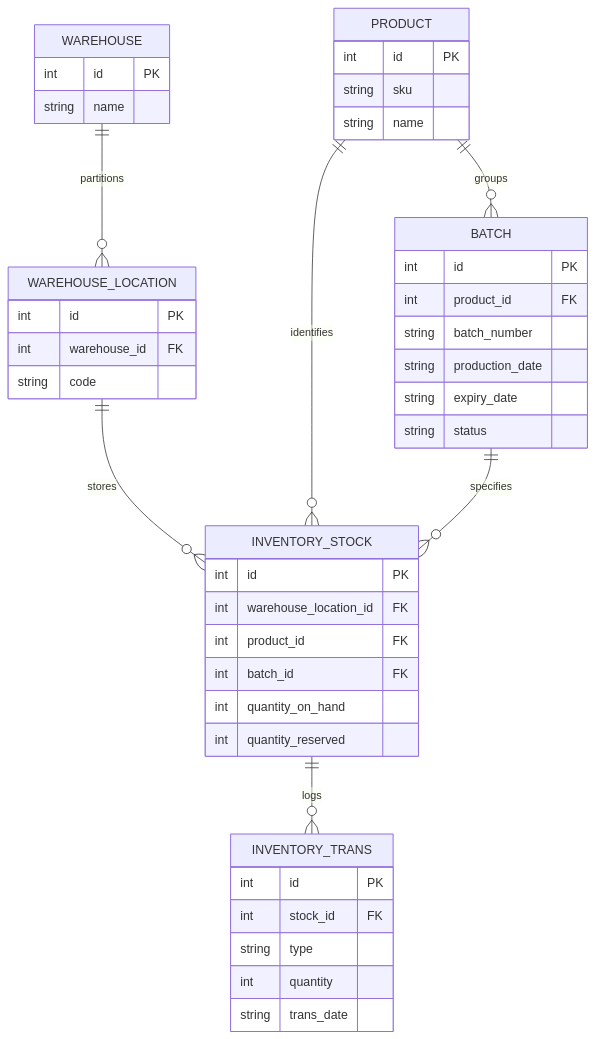
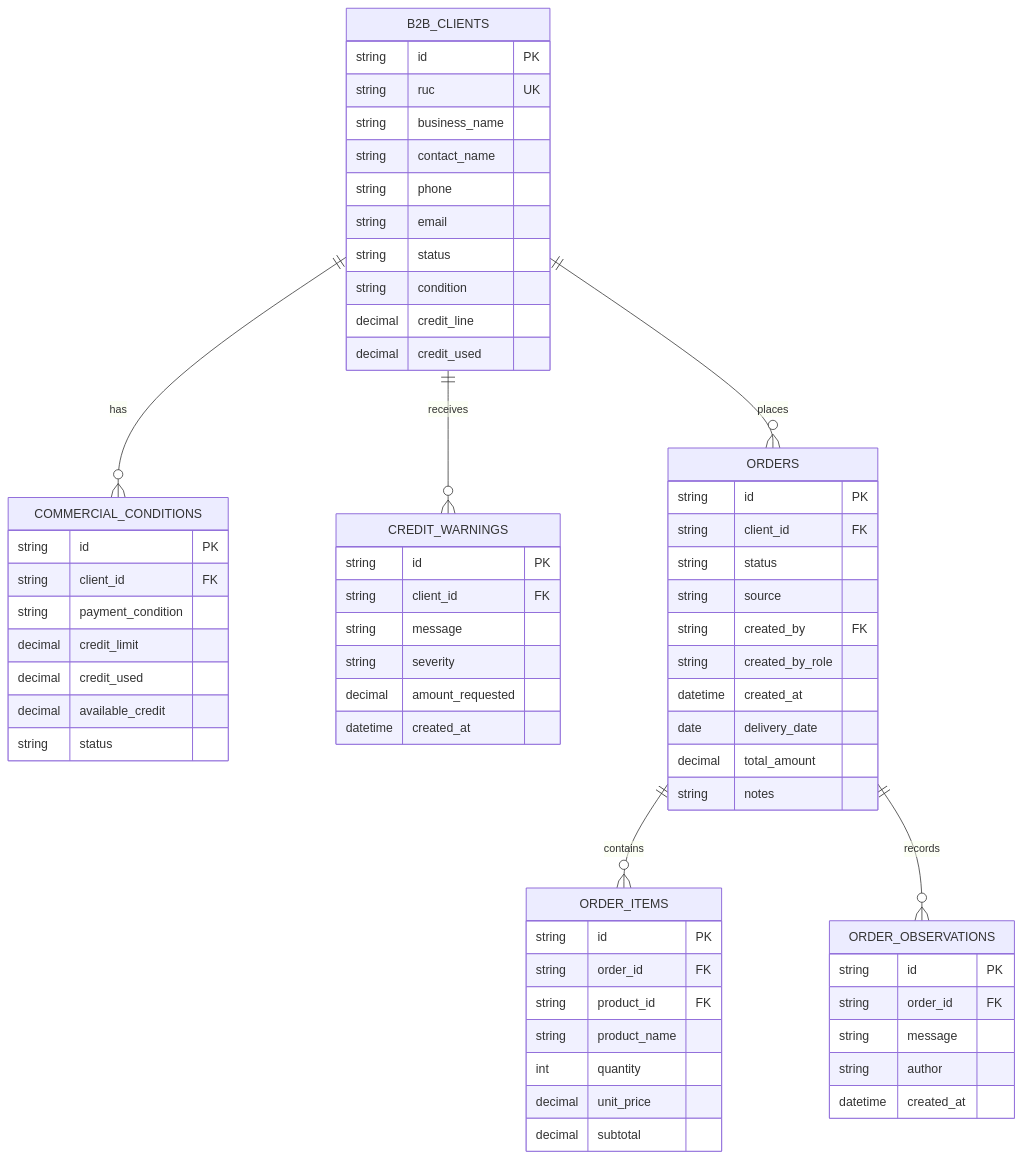
The third of 7 diagrams in report/40-chapter-4-product-design/4-8-database-design.md (upc-pre-202610-1asi0730-12242-king/nexa-ecosystem-report), drawn with Mermaid before and after one commit. The commit also changed other lines of this file and 71 other files, not shown here.

````diff
--- a/report/40-chapter-4-product-design/4-8-database-design.md
+++ b/report/40-chapter-4-product-design/4-8-database-design.md
@@ -112,47 +67,65 @@
 ```mermaid
 erDiagram
-    PRODUCT {
-        int id PK
-        string sku
-        string name
+    B2B_CLIENTS {
+        string id PK
+        string ruc UK
+        string business_name
+        string contact_name
+        string phone
+        string email
+        string status
+        string condition
+        decimal credit_line
+        decimal credit_used
     }
-    WAREHOUSE {
-        int id PK
-        string name
-    }
-    WAREHOUSE_LOCATION {
-        int id PK
-        int warehouse_id FK
-        string code
-    }
-    BATCH {
-        int id PK
-        int product_id FK
-        string batch_number
-        string production_date
-        string expiry_date
+    COMMERCIAL_CONDITIONS {
+        string id PK
+        string client_id FK
+        string payment_condition
+        decimal credit_limit
+        decimal credit_used
+        decimal available_credit
         string status
     }
-    INVENTORY_STOCK {
-        int id PK
-        int warehouse_location_id FK
-        int product_id FK
-        int batch_id FK
-        int quantity_on_hand
-        int quantity_reserved
+    CREDIT_WARNINGS {
+        string id PK
+        string client_id FK
+        string message
+        string severity
+        decimal amount_requested
+        datetime created_at
     }
-    INVENTORY_TRANS {
-        int id PK
-        int stock_id FK
-        string type
+    ORDERS {
+        string id PK
+        string client_id FK
+        string status
+        string source
+        string created_by FK
+        string created_by_role
+        datetime created_at
+        date delivery_date
+        decimal total_amount
+        string notes
+    }
+    ORDER_ITEMS {
+        string id PK
+        string order_id FK
+        string product_id FK
+        string product_name
         int quantity
-        string trans_date
+        decimal unit_price
+        decimal subtotal
     }
-
-    WAREHOUSE ||--o{ WAREHOUSE_LOCATION : partitions
-    PRODUCT ||--o{ BATCH : groups
-    WAREHOUSE_LOCATION ||--o{ INVENTORY_STOCK : stores
-    PRODUCT ||--o{ INVENTORY_STOCK : identifies
-    BATCH ||--o{ INVENTORY_STOCK : specifies
-    INVENTORY_STOCK ||--o{ INVENTORY_TRANS : logs
+    ORDER_OBSERVATIONS {
+        string id PK
+        string order_id FK
+        string message
+        string author
+        datetime created_at
+    }
+    B2B_CLIENTS ||--o{ COMMERCIAL_CONDITIONS : has
+    B2B_CLIENTS ||--o{ CREDIT_WARNINGS : receives
+    B2B_CLIENTS ||--o{ ORDERS : places
+    ORDERS ||--o{ ORDER_ITEMS : contains
+    ORDERS ||--o{ ORDER_OBSERVATIONS : records
 ```
````
